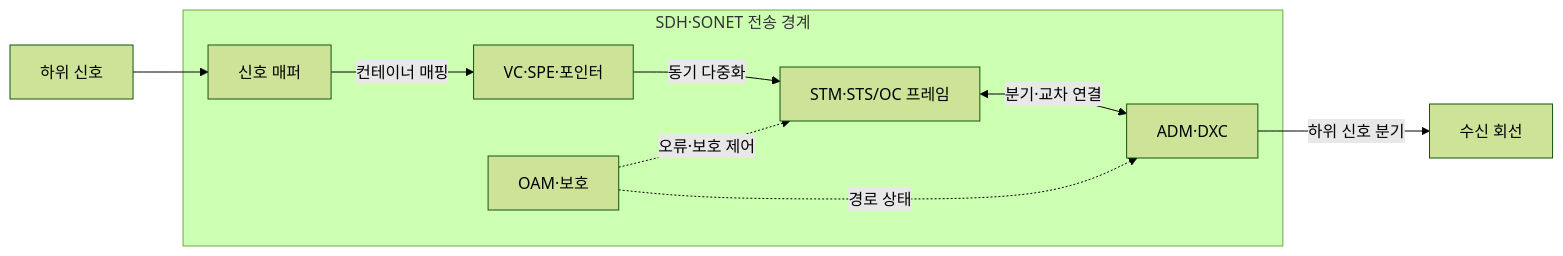
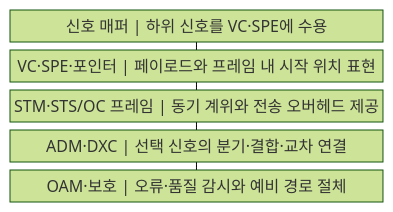
Before and after one commit to agnusdei1207/knowledge-base: the first of 2 diagrams in src/content/docs/notes/04-network/069_pdh_sdh_sonet.md, drawn with Mermaid (forest theme). The commit also changed other lines of this file and 20 other files, not shown here.

````diff
--- a/src/content/docs/notes/04-network/069_pdh_sdh_sonet.md
+++ b/src/content/docs/notes/04-network/069_pdh_sdh_sonet.md
@@ -61,18 +61,13 @@
 ```mermaid
-flowchart LR
-    CLIENT[하위 신호]
-    subgraph S[SDH·SONET 전송 경계]
-        MAP[신호 매퍼]
-        PAY[VC·SPE·포인터]
-        FRAME[STM·STS/OC 프레임]
-        NODE[ADM·DXC]
-        OAM[OAM·보호]
-        MAP -->|컨테이너 매핑| PAY
-        PAY -->|동기 다중화| FRAME
-        FRAME <-->|분기·교차 연결| NODE
-        OAM -.->|오류·보호 제어| FRAME
-        OAM -.->|경로 상태| NODE
-    end
-    CLIENT --> MAP
-    NODE -->|하위 신호 분기| OUT[수신 회선]
+block
+    columns 1
+    A["신호 매퍼 | 하위 신호를 VC·SPE에 수용"]
+    B["VC·SPE·포인터 | 페이로드와 프레임 내 시작 위치 표현"]
+    C["STM·STS/OC 프레임 | 동기 계위와 전송 오버헤드 제공"]
+    D["ADM·DXC | 선택 신호의 분기·결합·교차 연결"]
+    E["OAM·보호 | 오류·품질 감시와 예비 경로 절체"]
+    A --- B
+    B --- C
+    C --- D
+    D --- E
 ```
````
